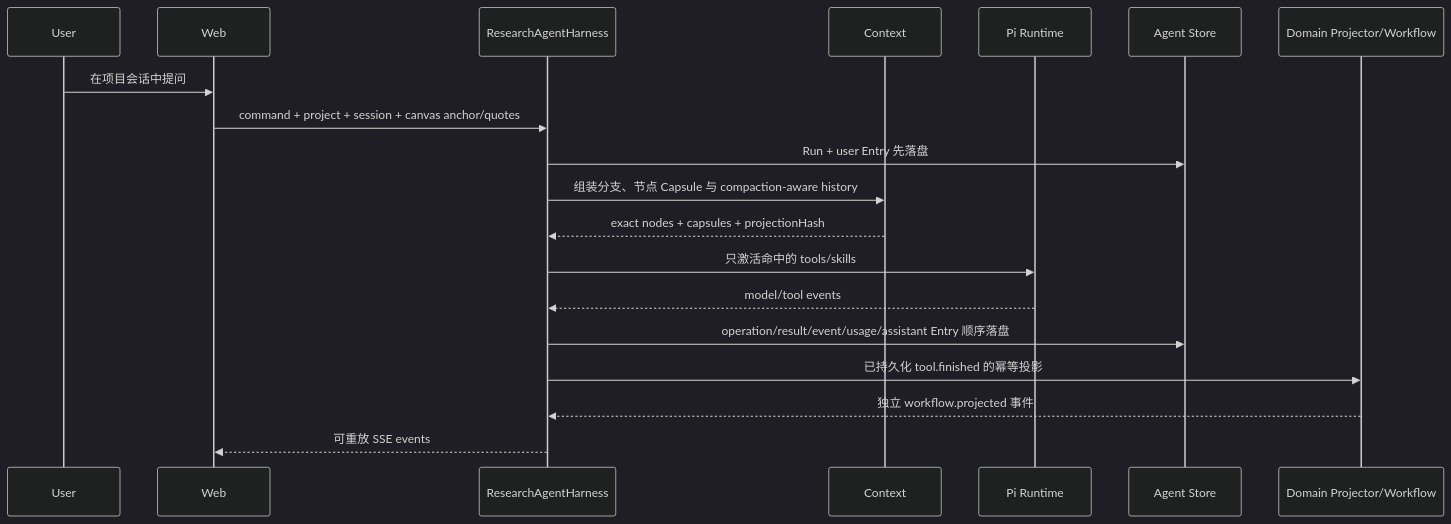
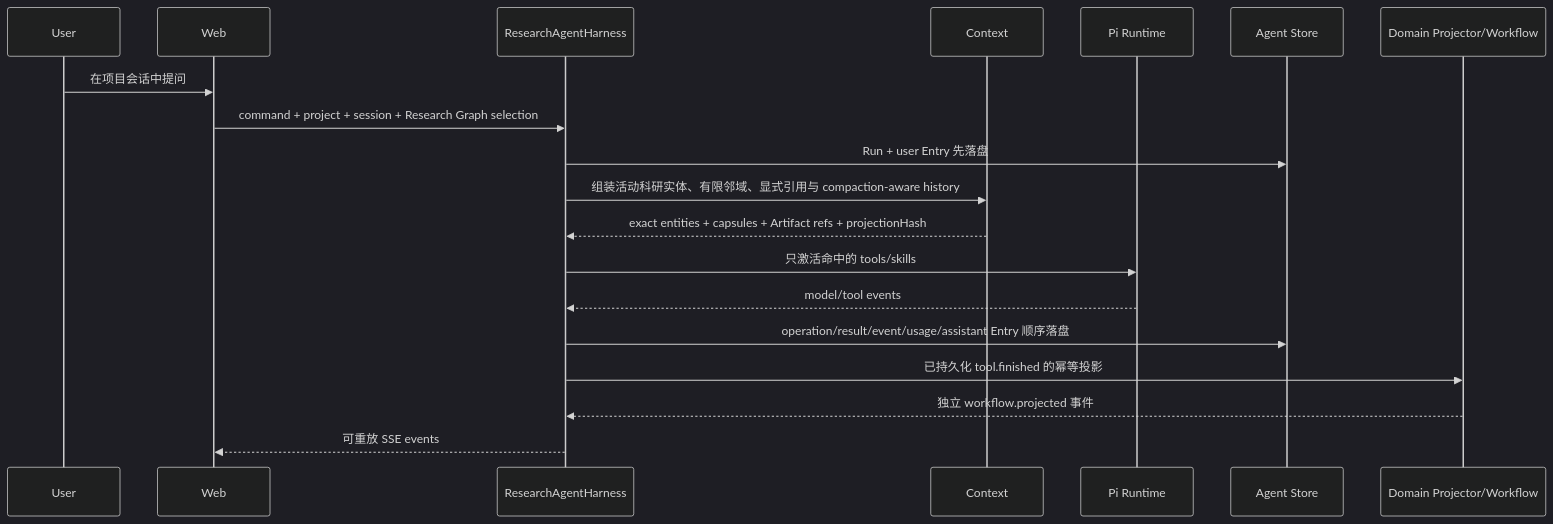
One commit to Lelexi-max/xiling-os changed the second of 2 diagrams in DESIGN.md. Above: the diagram before and after it, drawn with Mermaid (dark theme). The commit also changed other lines of this file and 67 other files, not shown here.

Commit message:
feat: complete research graph architecture

````diff
--- a/DESIGN.md
+++ b/DESIGN.md
@@ -168,22 +174,22 @@
 ```mermaid
 sequenceDiagram
   participant U as User
   participant W as Web
   participant H as ResearchAgentHarness
   participant C as Context
   participant P as Pi Runtime
   participant A as Agent Store
   participant D as Domain Projector/Workflow
 
   U->>W: 在项目会话中提问
-  W->>H: command + project + session + canvas anchor/quotes
+  W->>H: command + project + session + Research Graph selection
   H->>A: Run + user Entry 先落盘
-  H->>C: 组装分支、节点 Capsule 与 compaction-aware history
-  C-->>H: exact nodes + capsules + projectionHash
+  H->>C: 组装活动科研实体、有限邻域、显式引用与 compaction-aware history
+  C-->>H: exact entities + capsules + Artifact refs + projectionHash
   H->>P: 只激活命中的 tools/skills
   P-->>H: model/tool events
   H->>A: operation/result/event/usage/assistant Entry 顺序落盘
   H->>D: 已持久化 tool.finished 的幂等投影
   D-->>H: 独立 workflow.projected 事件
   H-->>W: 可重放 SSE events
 ```
````
